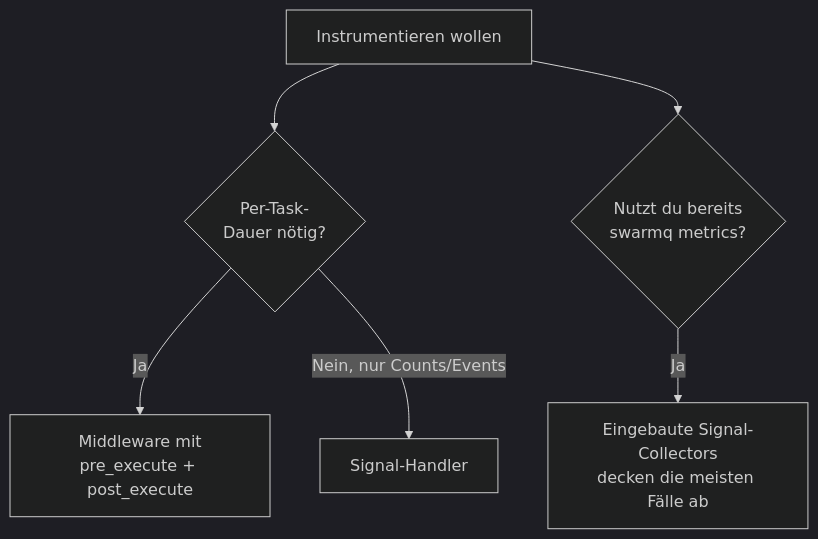
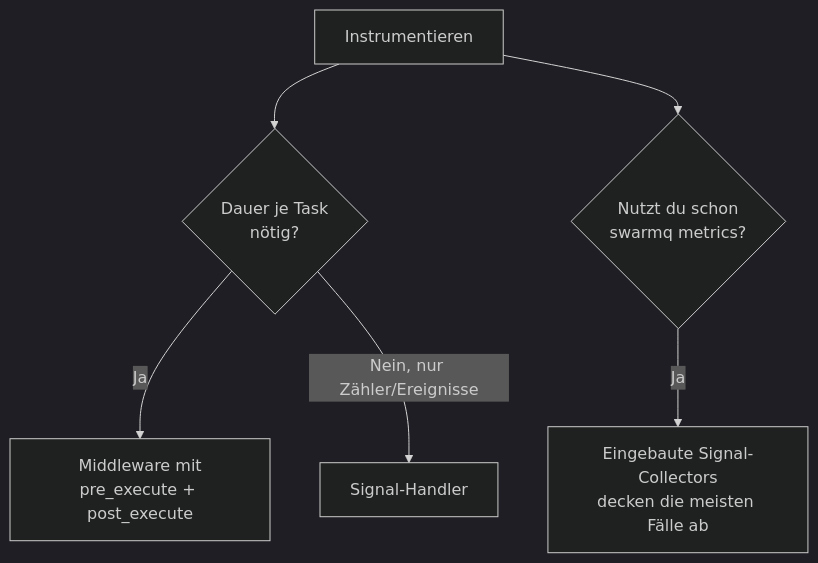
One commit to Schorschofwill/swarmq changed the ninth of 9 diagrams in website/reference/agent/decision-trees.de.md. Above: the diagram before and after it, drawn with Mermaid (dark theme). The commit also changed other lines of this file and 84 other files, not shown here.

````diff
--- a/website/reference/agent/decision-trees.de.md
+++ b/website/reference/agent/decision-trees.de.md
@@ -192,8 +226,8 @@
 ```mermaid
 flowchart TD
-    A[Instrumentieren wollen] --> B{Per-Task-<br/>Dauer nötig?}
+    A[Instrumentieren] --> B{Dauer je Task<br/>nötig?}
     B -->|Ja| C[Middleware mit<br/>pre_execute + post_execute]
-    B -->|Nein, nur Counts/Events| D[Signal-Handler]
-    A --> E{Nutzt du bereits<br/>swarmq metrics?}
+    B -->|Nein, nur Zähler/Ereignisse| D[Signal-Handler]
+    A --> E{Nutzt du schon<br/>swarmq metrics?}
     E -->|Ja| F[Eingebaute Signal-Collectors<br/>decken die meisten Fälle ab]
 ```
````
